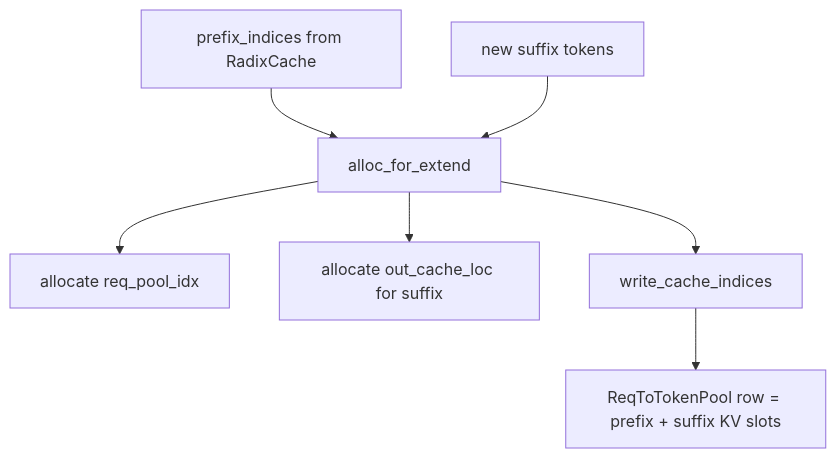
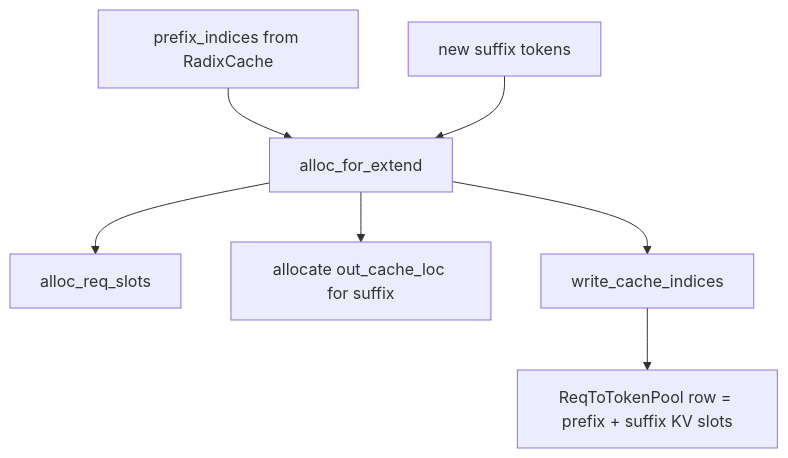
Before and after one commit to cl-vv-h/SGLang_Tutor: the seventh of 11 diagrams in learning/sglang-source-reading/03-kv-cache-radix-cache.md, drawn with Mermaid. The commit also changed other lines of this file and 4 other files, not shown here.

````diff
--- a/learning/sglang-source-reading/03-kv-cache-radix-cache.md
+++ b/learning/sglang-source-reading/03-kv-cache-radix-cache.md
@@ -337,9 +153,9 @@
 ```mermaid
 flowchart TD
   A["prefix_indices from RadixCache"] --> B["alloc_for_extend"]
   C["new suffix tokens"] --> B
-  B --> D["allocate req_pool_idx"]
+  B --> D["alloc_req_slots"]
   B --> E["allocate out_cache_loc for suffix"]
   B --> F["write_cache_indices"]
   F --> G["ReqToTokenPool row = prefix + suffix KV slots"]
 ```
````
